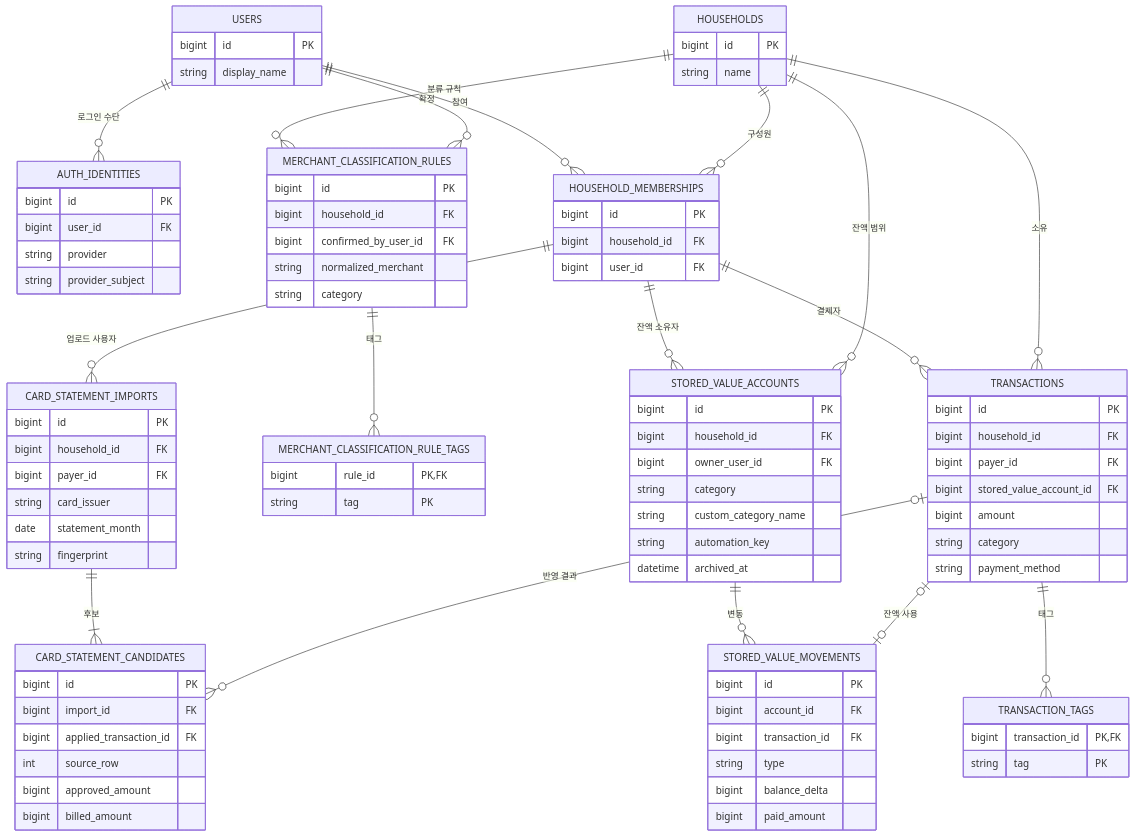
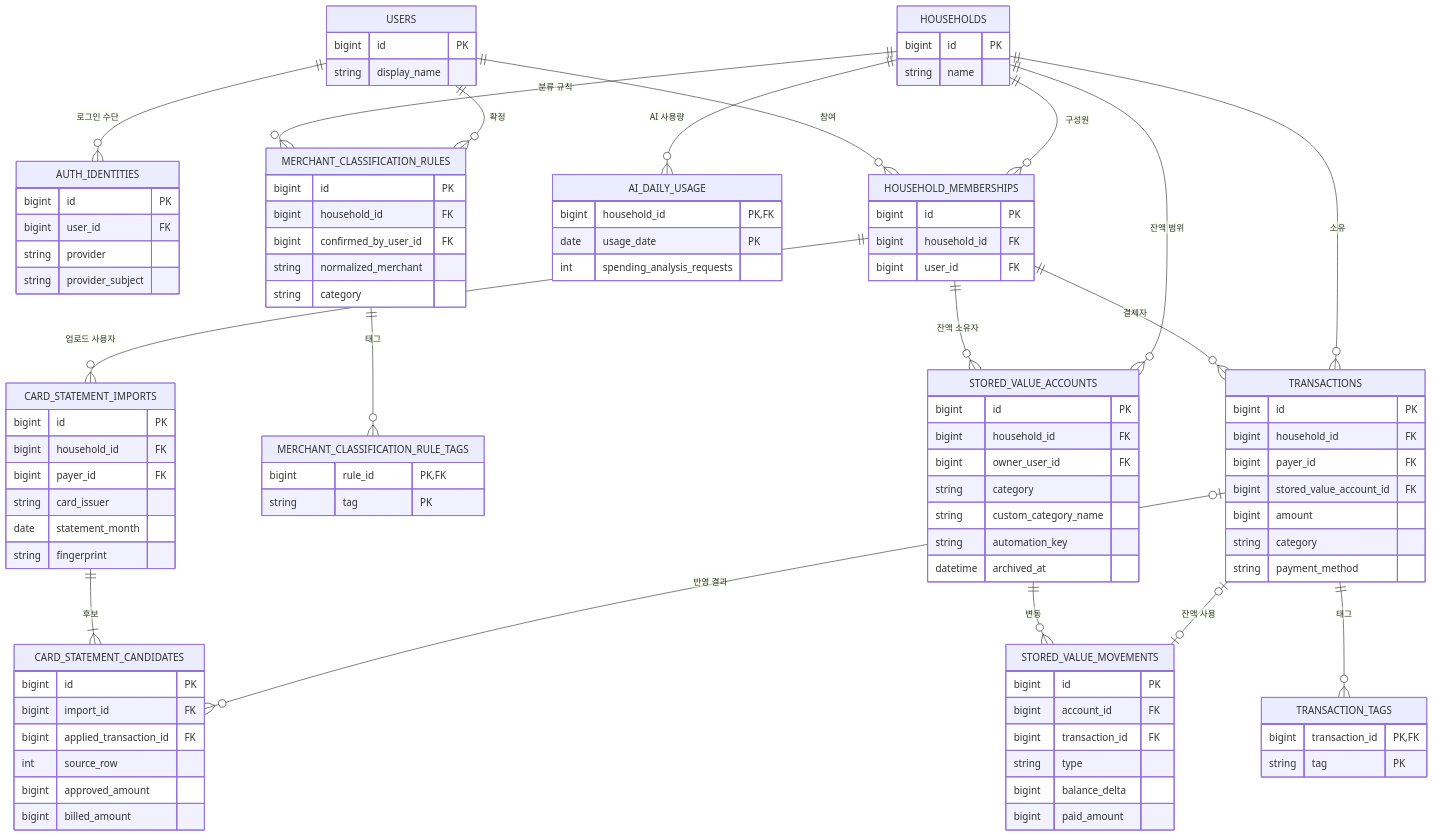
One commit to takeown/woorijip changed the diagram in docs/api/DATA_MODEL.md. Above: the diagram before and after it, drawn with Mermaid. The commit also changed other lines of this file and 22 other files, not shown here.

Commit message:
feat: add evidence-backed spending analysis (#57)

```diff
--- a/docs/api/DATA_MODEL.md
+++ b/docs/api/DATA_MODEL.md
@@ -28,6 +28,7 @@
 
     HOUSEHOLD_MEMBERSHIPS ||--o{ TRANSACTIONS : "결제자"
     HOUSEHOLDS ||--o{ TRANSACTIONS : "소유"
+    HOUSEHOLDS ||--o{ AI_DAILY_USAGE : "AI 사용량"
     TRANSACTIONS ||--o{ TRANSACTION_TAGS : "태그"
 
     HOUSEHOLDS ||--o{ MERCHANT_CLASSIFICATION_RULES : "분류 규칙"
@@ -56,6 +57,11 @@
     HOUSEHOLDS {
         bigint id PK
         string name
+    }
+    AI_DAILY_USAGE {
+        bigint household_id PK,FK
+        date usage_date PK
+        int spending_analysis_requests
     }
     HOUSEHOLD_MEMBERSHIPS {
         bigint id PK
```
